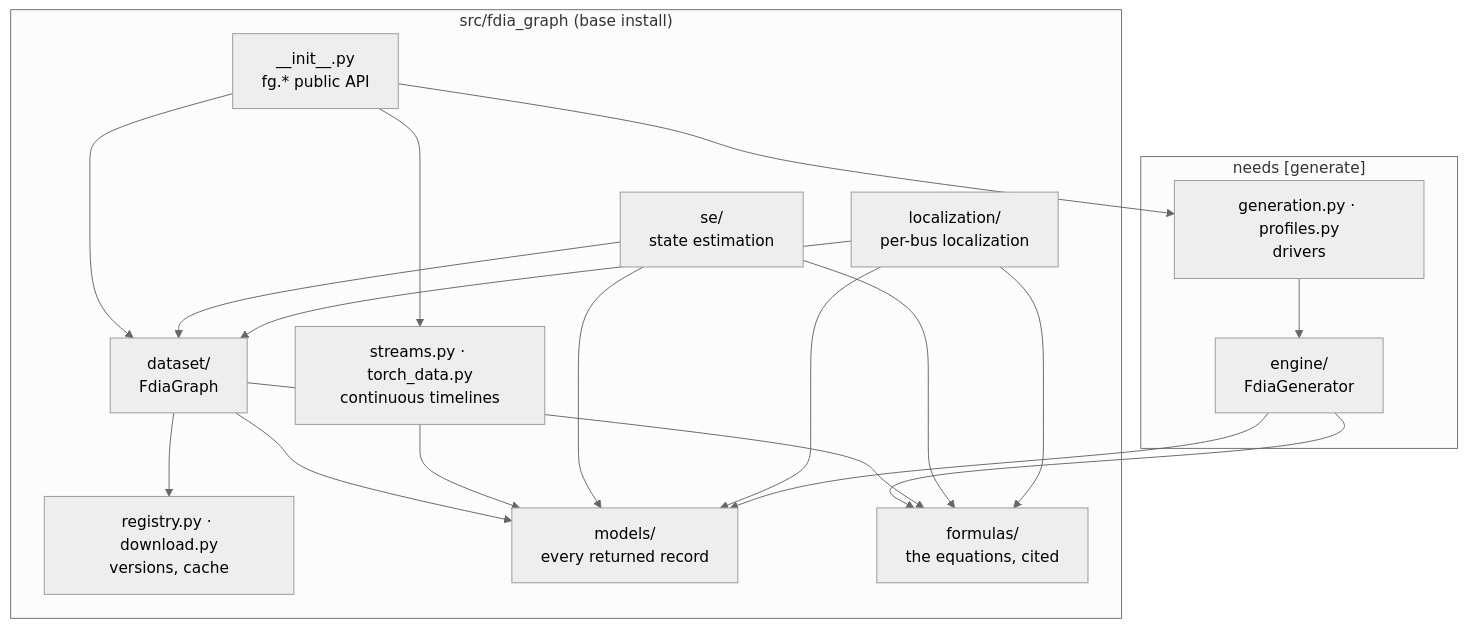
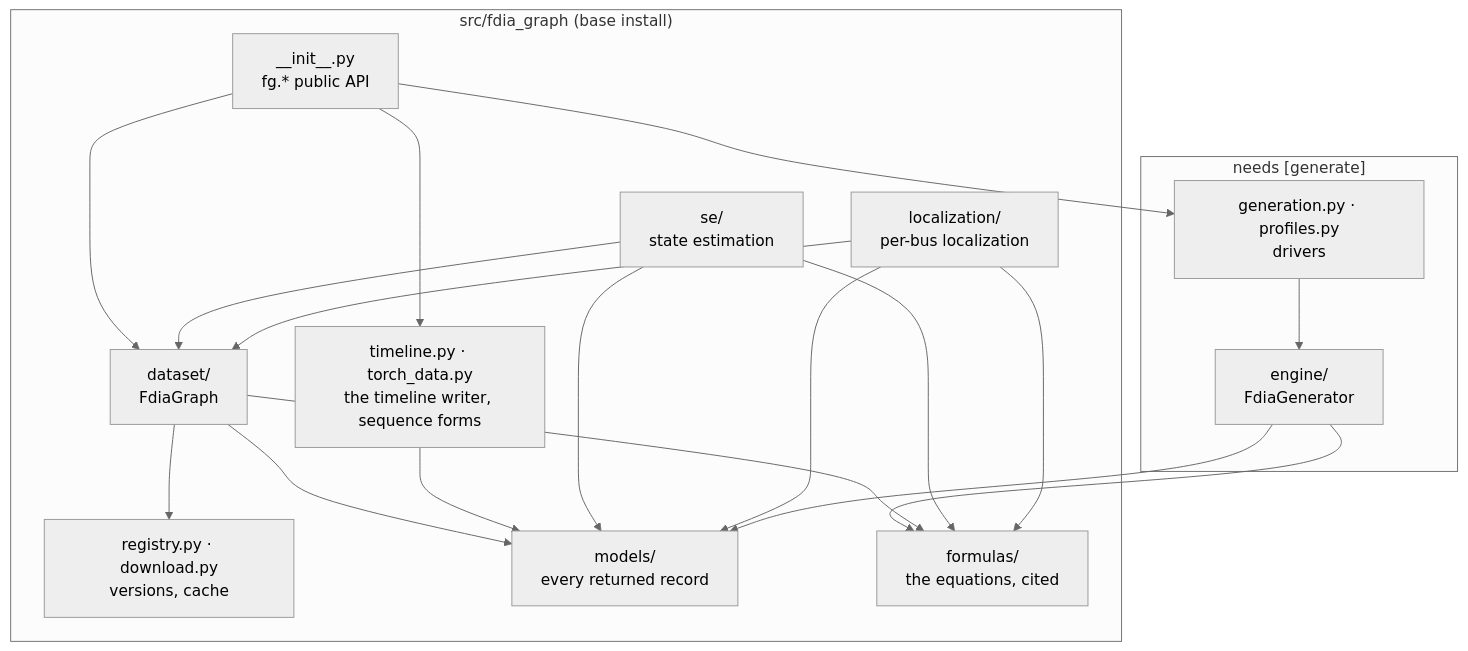
The first of 2 diagrams in docs/ROADMAP.md (myersben9/fdia-graph), drawn with Mermaid (neutral theme) before and after one commit. The commit also changed other lines of this file and 37 other files, not shown here.

First line of the commit message:
0.18.0 on the data release v0.8.0: one timeline per system, data-v tags, results on the new data (#106)

````diff
--- a/docs/ROADMAP.md
+++ b/docs/ROADMAP.md
@@ -7,23 +7,23 @@
 ```mermaid
 flowchart TB
     subgraph SDK["src/fdia_graph (base install)"]
         init["__init__.py<br/>fg.* public API"]
         ds["dataset/<br/>FdiaGraph"]
         reg["registry.py · download.py<br/>versions, cache"]
-        st["streams.py · torch_data.py<br/>continuous timelines"]
+        st["timeline.py · torch_data.py<br/>the timeline writer, sequence forms"]
         se["se/<br/>state estimation"]
         loc["localization/<br/>per-bus localization"]
         models["models/<br/>every returned record"]
         formulas["formulas/<br/>the equations, cited"]
     end
     subgraph GEN["needs [generate]"]
         gen["generation.py · profiles.py<br/>drivers"]
         eng["engine/<br/>FdiaGenerator"]
     end
     init --> ds & st & gen
     ds --> reg
     se & loc --> ds
     gen --> eng
     eng & ds & se & loc --> formulas
     ds & st & se & loc & eng --> models
 ```
````
